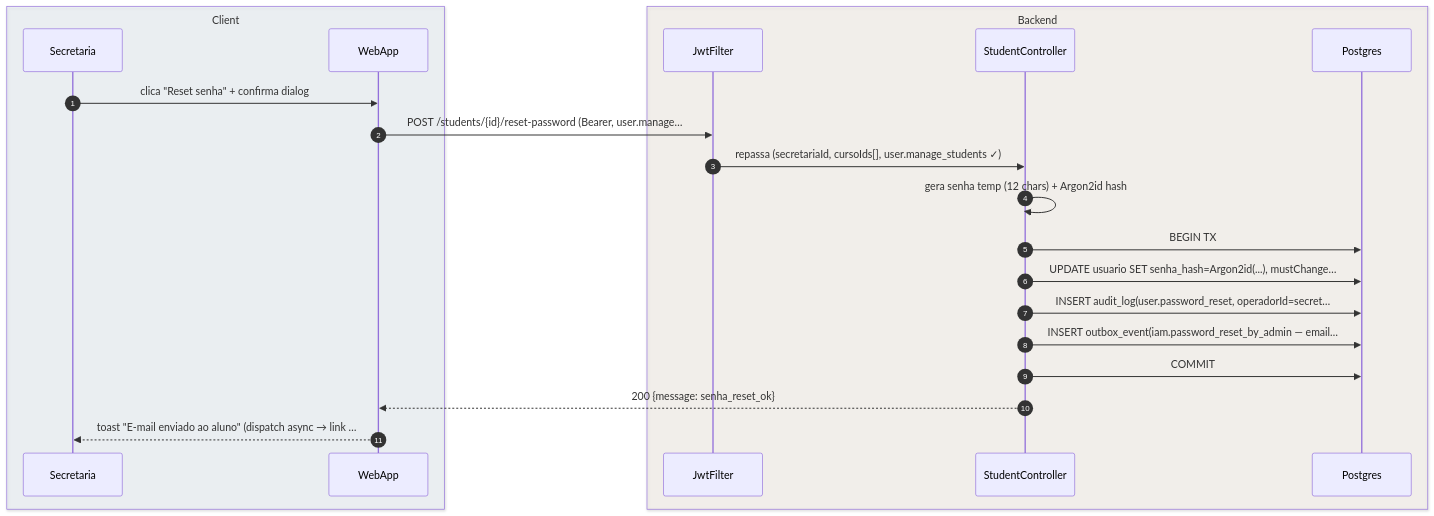
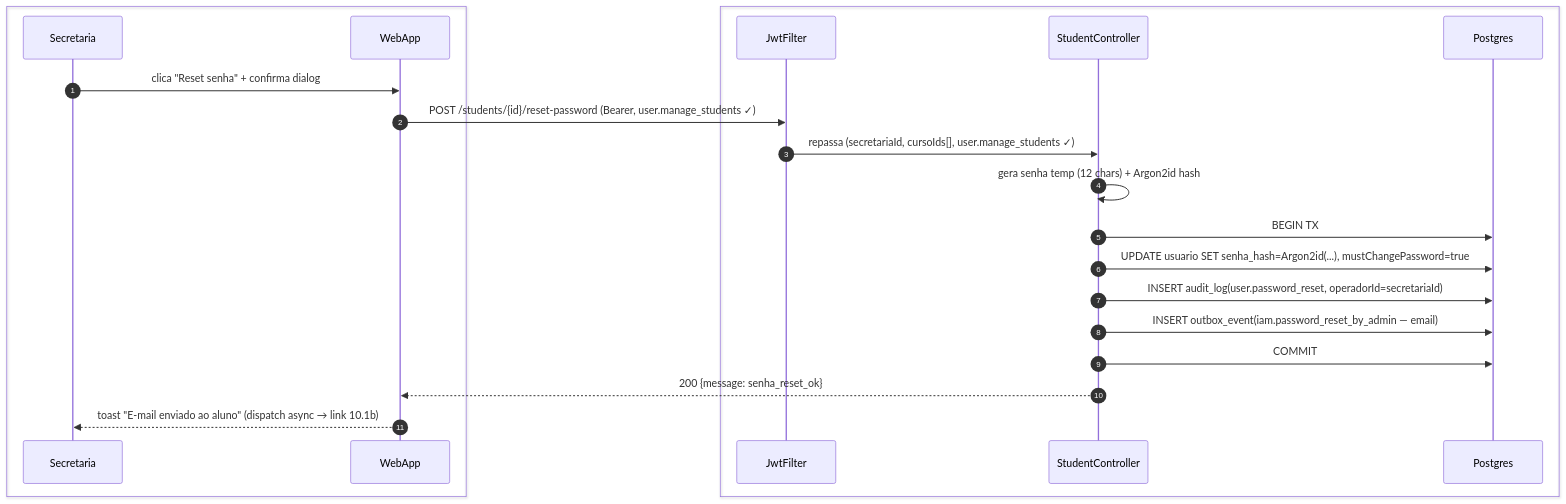
Before and after one commit to umishell/secretariaOnline2: the fourth of 8 diagrams in foundationDocs/sequenceDiagrams/F5 — Secretaria/US-F5-003-GESTAO-ALUNOS.md, drawn with Mermaid. The commit also changed other lines of this file and 70 other files, not shown here.

First line of the commit message:
Enhance database documentation and introduce new schema files

````diff
--- a/foundationDocs/sequenceDiagrams/F5 — Secretaria/US-F5-003-GESTAO-ALUNOS.md
+++ b/foundationDocs/sequenceDiagrams/F5 — Secretaria/US-F5-003-GESTAO-ALUNOS.md
@@ -175,25 +175,25 @@
 ```mermaid
 sequenceDiagram
     autonumber
-    box rgba(230,245,255,0.3) Client
+    box #e8f4fc Cliente
         participant Secretaria
         participant WebApp
     end
-    box rgba(255,245,230,0.3) Backend
+    box #fff8ee Servidor
         participant JwtFilter
         participant StudentController
         participant Postgres
     end
 
     Secretaria->>WebApp: clica "Reset senha" + confirma dialog
-    WebApp->>JwtFilter: POST /students/{id}/reset-password (Bearer, user.manage…
+    WebApp->>JwtFilter: POST /students/{id}/reset-password (Bearer, user.manage_students ✓)
     JwtFilter->>StudentController: repassa (secretariaId, cursoIds[], user.manage_students ✓)
     StudentController->>StudentController: gera senha temp (12 chars) + Argon2id hash
     StudentController->>Postgres: BEGIN TX
-    StudentController->>Postgres: UPDATE usuario SET senha_hash=Argon2id(...), mustChange…
-    StudentController->>Postgres: INSERT audit_log(user.password_reset, operadorId=secret…
-    StudentController->>Postgres: INSERT outbox_event(iam.password_reset_by_admin — email…
+    StudentController->>Postgres: UPDATE usuario SET senha_hash=Argon2id(...), mustChangePassword=true
+    StudentController->>Postgres: INSERT audit_log(user.password_reset, operadorId=secretariaId)
+    StudentController->>Postgres: INSERT outbox_event(iam.password_reset_by_admin — email)
     StudentController->>Postgres: COMMIT
     StudentController-->>WebApp: 200 {message: senha_reset_ok}
-    WebApp-->>Secretaria: toast "E-mail enviado ao aluno" (dispatch async → link …
+    WebApp-->>Secretaria: toast "E-mail enviado ao aluno" (dispatch async → link 10.1b)
 ```
````
